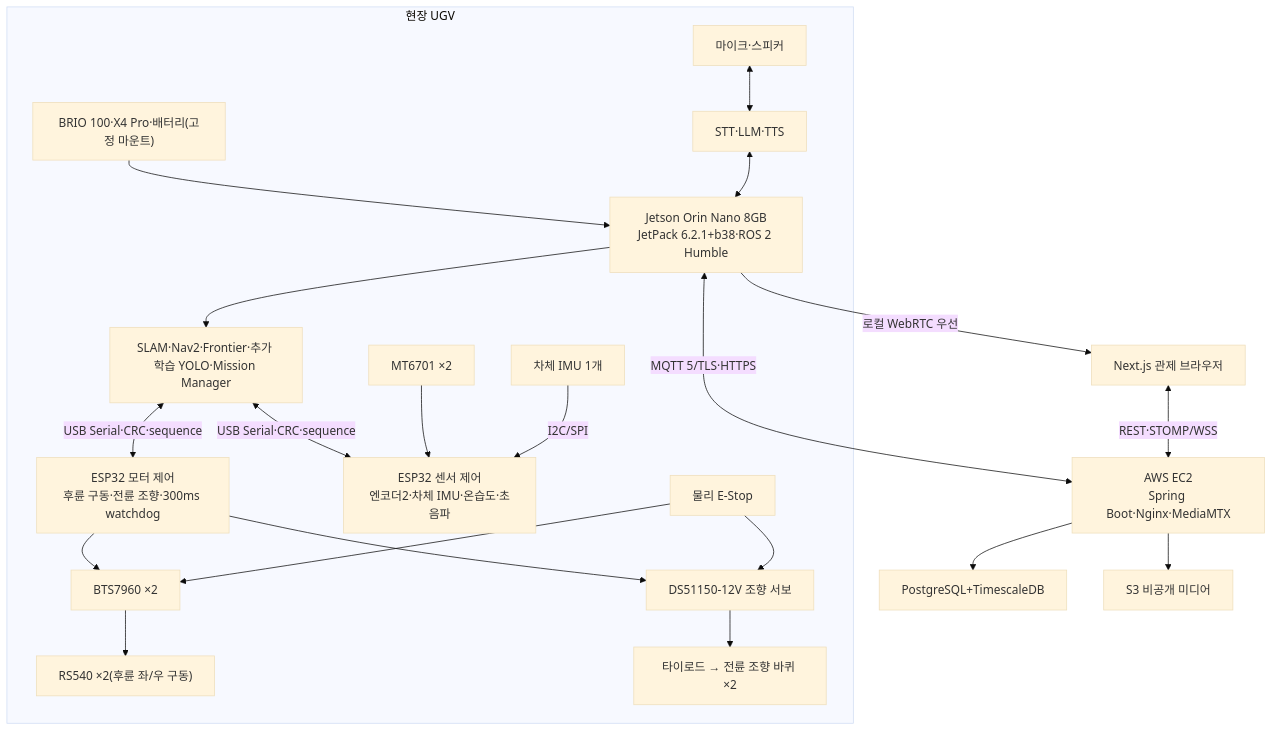
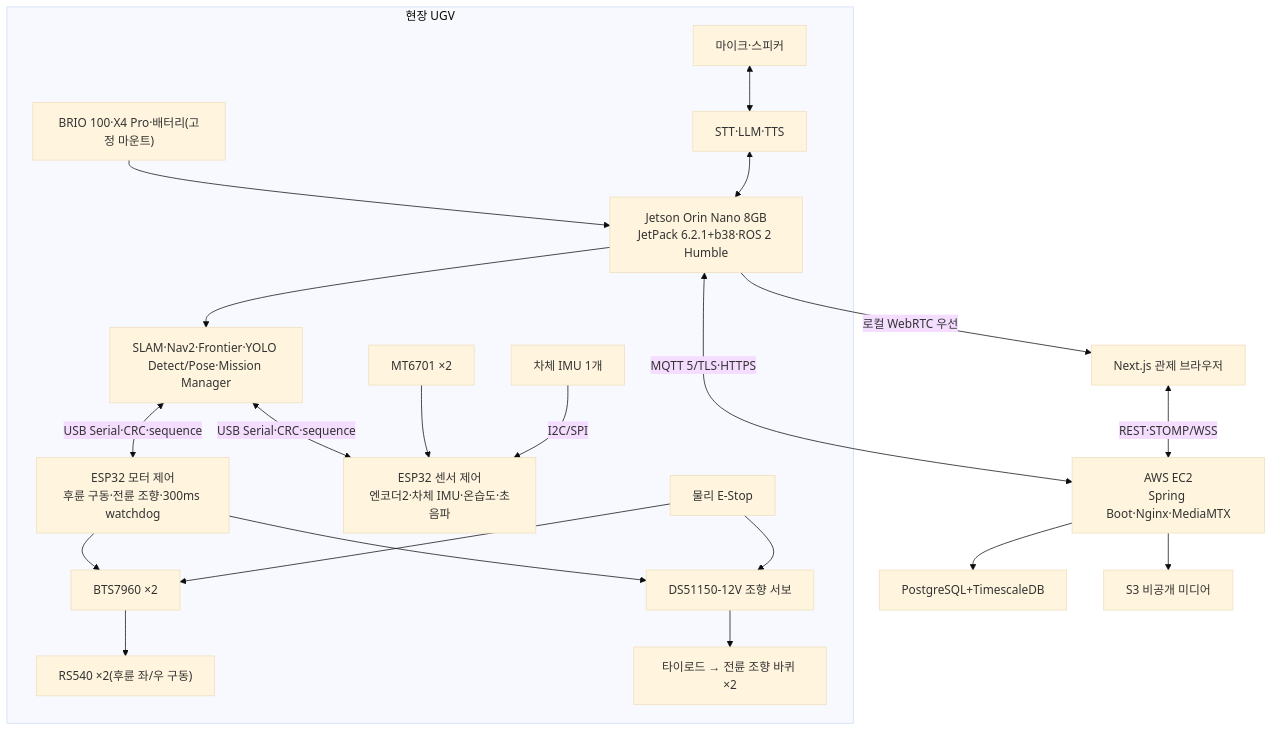
The diagram in docs/01-프로젝트-개요.md (Common-AIOT/Sentinel-UGV), drawn with Mermaid (base theme) before and after one commit. The commit also changed other lines of this file and 3 other files, not shown here.

````diff
--- a/docs/01-프로젝트-개요.md
+++ b/docs/01-프로젝트-개요.md
@@ -179,24 +179,24 @@
 ```mermaid
 flowchart TB
     subgraph field["현장 UGV"]
         sensors["BRIO 100·X4 Pro·배터리(고정 마운트)"] --> jetson["Jetson Orin Nano 8GB\nJetPack 6.2.1+b38·ROS 2 Humble"]
-        jetson --> autonomy["SLAM·Nav2·Frontier·추가 학습 YOLO·Mission Manager"]
+        jetson --> autonomy["SLAM·Nav2·Frontier·YOLO Detect/Pose·Mission Manager"]
         audio["마이크·스피커"] <--> voice["STT·LLM·TTS"]
         voice <--> jetson
         autonomy <-->|"USB Serial·CRC·sequence"| esp32m["ESP32 모터 제어\n후륜 구동·전륜 조향·300ms watchdog"]
         autonomy <-->|"USB Serial·CRC·sequence"| esp32s["ESP32 센서 제어\n엔코더2·차체 IMU·온습도·초음파"]
         esp32m --> driver["BTS7960 ×2"]
         esp32m --> servo["DS51150-12V 조향 서보"]
         driver --> motors["RS540 ×2(후륜 좌/우 구동)"]
         servo --> front["타이로드 → 전륜 조향 바퀴 ×2"]
         estop["물리 E-Stop"] --> driver
         estop --> servo
         enc["MT6701 ×2"] --> esp32s
         imu["차체 IMU 1개"] -->|"I2C/SPI"| esp32s
     end
     jetson <-->|"MQTT 5/TLS·HTTPS"| cloud["AWS EC2\nSpring Boot·Nginx·MediaMTX"]
     cloud --> db["PostgreSQL+TimescaleDB"]
     cloud --> s3["S3 비공개 미디어"]
     browser["Next.js 관제 브라우저"] <-->|"REST·STOMP/WSS"| cloud
     jetson -->|"로컬 WebRTC 우선"| browser
 ```
````
